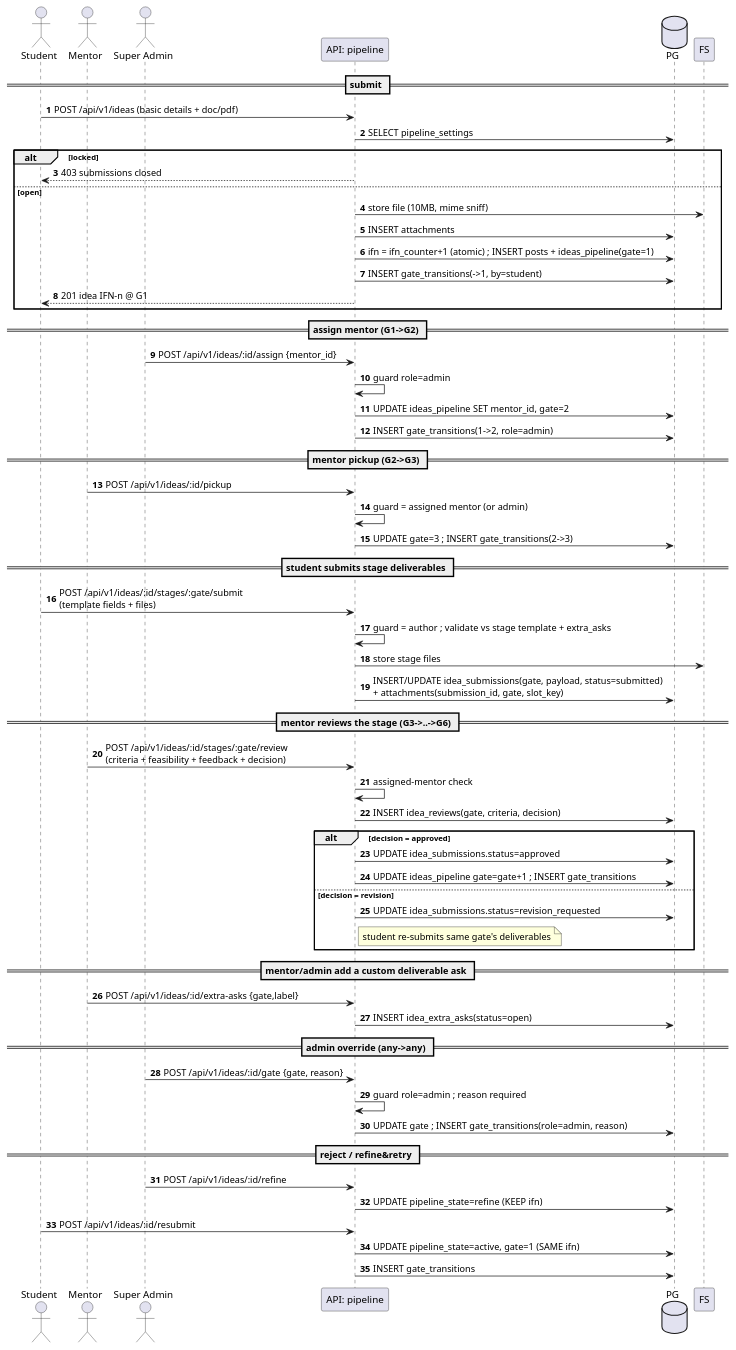
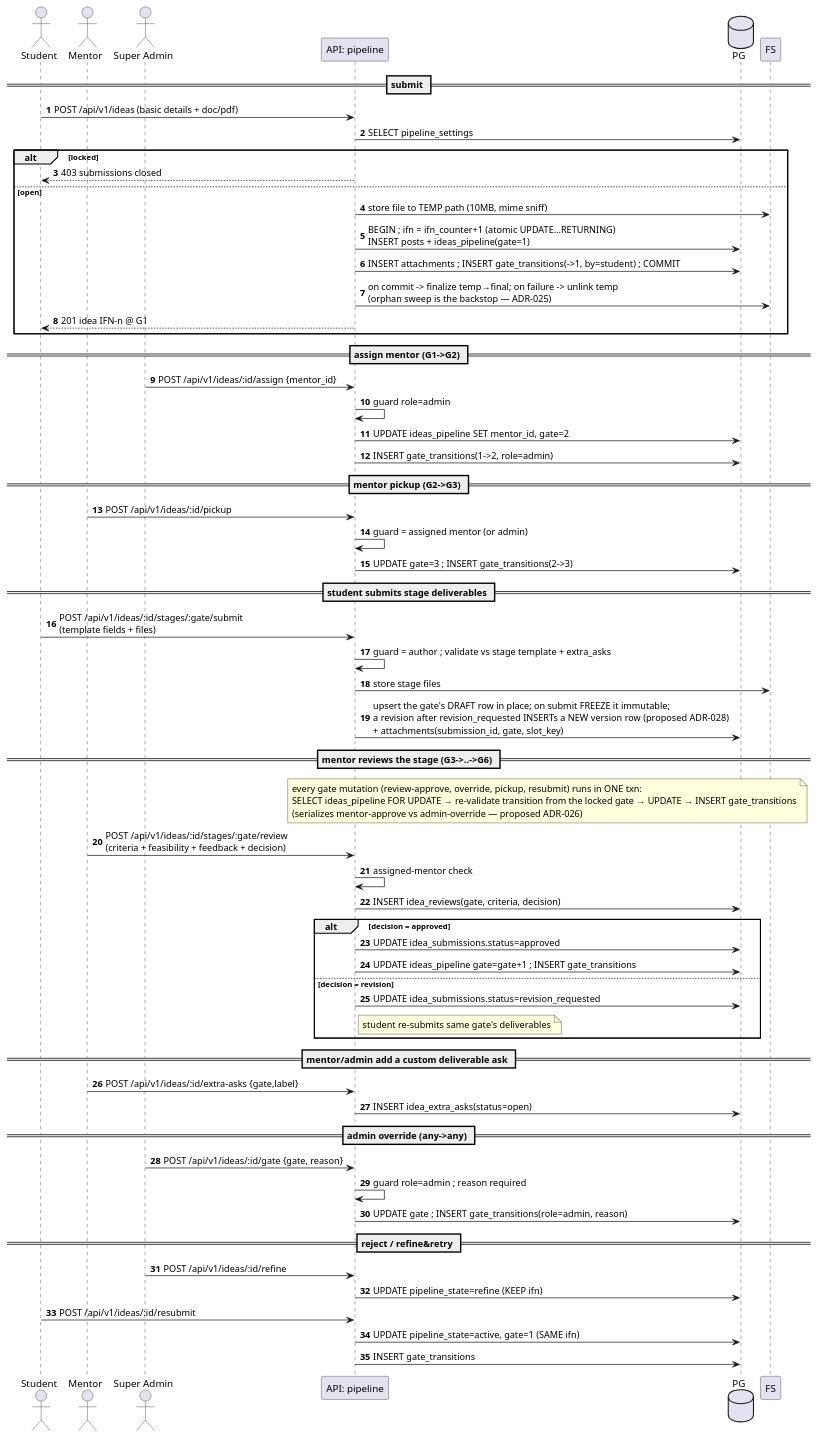
Before and after one commit to basiltest/i: the fourth of 8 diagrams in IFN Backend — Sequence Flows.md, drawn with PlantUML. The commit also changed other lines of this file and 3 other files, not shown here.

````diff
--- a/IFN Backend — Sequence Flows.md
+++ b/IFN Backend — Sequence Flows.md
@@ -106,69 +106,70 @@
 ```plantuml
 @startuml
 autonumber
 actor Student
 actor Mentor
 actor "Super Admin" as Admin
 participant "API: pipeline" as API
 database PG
 participant FS
 
 == submit ==
 Student -> API : POST /api/v1/ideas (basic details + doc/pdf)
 API -> PG : SELECT pipeline_settings
 alt locked
   API --> Student : 403 submissions closed
 else open
-  API -> FS : store file (10MB, mime sniff)
-  API -> PG : INSERT attachments
-  API -> PG : ifn = ifn_counter+1 (atomic) ; INSERT posts + ideas_pipeline(gate=1)
-  API -> PG : INSERT gate_transitions(->1, by=student)
+  API -> FS : store file to TEMP path (10MB, mime sniff)
+  API -> PG : BEGIN ; ifn = ifn_counter+1 (atomic UPDATE…RETURNING)\nINSERT posts + ideas_pipeline(gate=1)
+  API -> PG : INSERT attachments ; INSERT gate_transitions(->1, by=student) ; COMMIT
+  API -> FS : on commit -> finalize temp→final; on failure -> unlink temp\n(orphan sweep is the backstop — ADR-025)
   API --> Student : 201 idea IFN-n @ G1
 end
 
 == assign mentor (G1->G2) ==
 Admin -> API : POST /api/v1/ideas/:id/assign {mentor_id}
 API -> API : guard role=admin
 API -> PG : UPDATE ideas_pipeline SET mentor_id, gate=2
 API -> PG : INSERT gate_transitions(1->2, role=admin)
 
 == mentor pickup (G2->G3) ==
 Mentor -> API : POST /api/v1/ideas/:id/pickup
 API -> API : guard = assigned mentor (or admin)
 API -> PG : UPDATE gate=3 ; INSERT gate_transitions(2->3)
 
 == student submits stage deliverables ==
 Student -> API : POST /api/v1/ideas/:id/stages/:gate/submit\n(template fields + files)
 API -> API : guard = author ; validate vs stage template + extra_asks
 API -> FS : store stage files
-API -> PG : INSERT/UPDATE idea_submissions(gate, payload, status=submitted)\n+ attachments(submission_id, gate, slot_key)
+API -> PG : upsert the gate's DRAFT row in place; on submit FREEZE it immutable;\na revision after revision_requested INSERTs a NEW version row (proposed ADR-028)\n+ attachments(submission_id, gate, slot_key)
 
 == mentor reviews the stage (G3->..->G6) ==
+note over API,PG : every gate mutation (review-approve, override, pickup, resubmit) runs in ONE txn:\nSELECT ideas_pipeline FOR UPDATE → re-validate transition from the locked gate → UPDATE → INSERT gate_transitions\n(serializes mentor-approve vs admin-override — proposed ADR-026)
 Mentor -> API : POST /api/v1/ideas/:id/stages/:gate/review\n(criteria + feasibility + feedback + decision)
 API -> API : assigned-mentor check
 API -> PG : INSERT idea_reviews(gate, criteria, decision)
 alt decision = approved
   API -> PG : UPDATE idea_submissions.status=approved
   API -> PG : UPDATE ideas_pipeline gate=gate+1 ; INSERT gate_transitions
 else decision = revision
   API -> PG : UPDATE idea_submissions.status=revision_requested
   note right of API : student re-submits same gate's deliverables
 end
 
 == mentor/admin add a custom deliverable ask ==
 Mentor -> API : POST /api/v1/ideas/:id/extra-asks {gate,label}
 API -> PG : INSERT idea_extra_asks(status=open)
 
 == admin override (any->any) ==
 Admin -> API : POST /api/v1/ideas/:id/gate {gate, reason}
 API -> API : guard role=admin ; reason required
 API -> PG : UPDATE gate ; INSERT gate_transitions(role=admin, reason)
 
 == reject / refine&retry ==
 Admin -> API : POST /api/v1/ideas/:id/refine
 API -> PG : UPDATE pipeline_state=refine (KEEP ifn)
 Student -> API : POST /api/v1/ideas/:id/resubmit
 API -> PG : UPDATE pipeline_state=active, gate=1 (SAME ifn)
 API -> PG : INSERT gate_transitions
 @enduml
 ```
````
